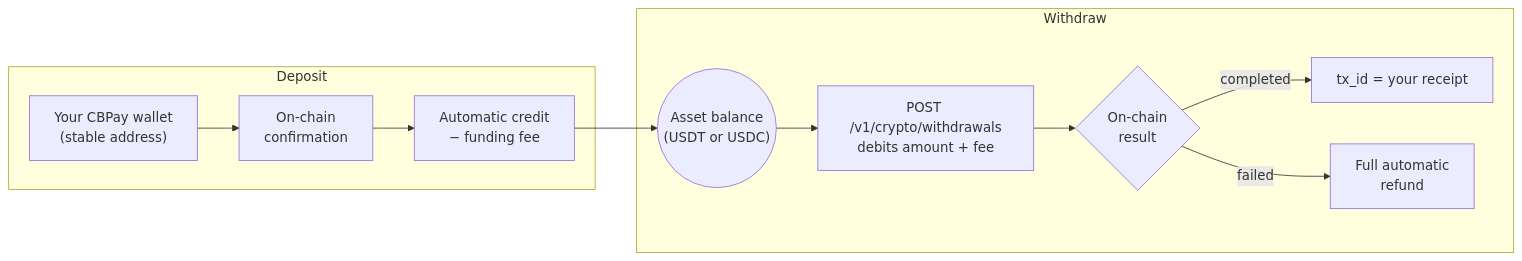
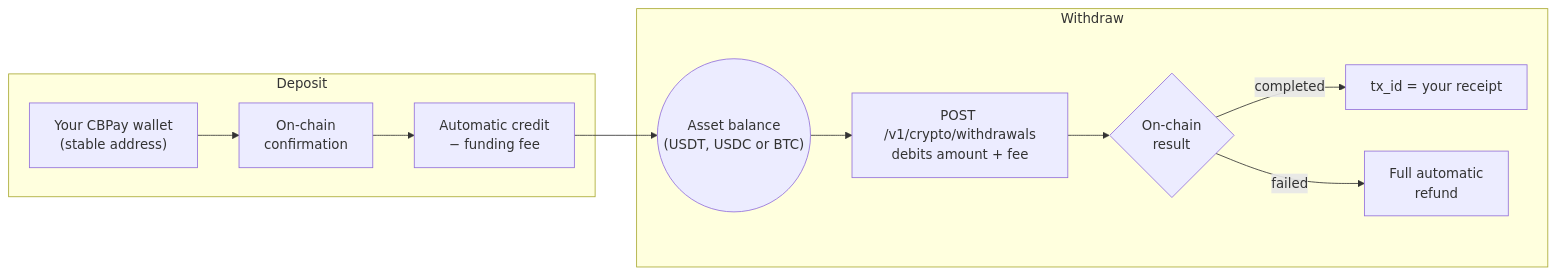
Before and after one commit to SaturoS17/docs: the diagram in en/guides/crypto.mdx, drawn with Mermaid. The commit also changed other lines of this file and 19 other files, not shown here.

````diff
--- a/en/guides/crypto.mdx
+++ b/en/guides/crypto.mdx
@@ -20,14 +22,14 @@
 ```mermaid
 flowchart LR
     subgraph depositFlow [Deposit]
         wallet["Your CBPay wallet<br/>(stable address)"] --> confirmed["On-chain<br/>confirmation"]
         confirmed --> credit["Automatic credit<br/>− funding fee"]
     end
-    credit --> balance(("Asset balance<br/>(USDT or USDC)"))
+    credit --> balance(("Asset balance<br/>(USDT, USDC or BTC)"))
     subgraph withdrawFlow [Withdraw]
         balance --> withdrawal["POST /v1/crypto/withdrawals<br/>debits amount + fee"]
         withdrawal --> onchain{"On-chain<br/>result"}
         onchain -->|"completed"| txid["tx_id = your receipt"]
         onchain -->|"failed"| refund["Full automatic<br/>refund"]
     end
 ```
````
